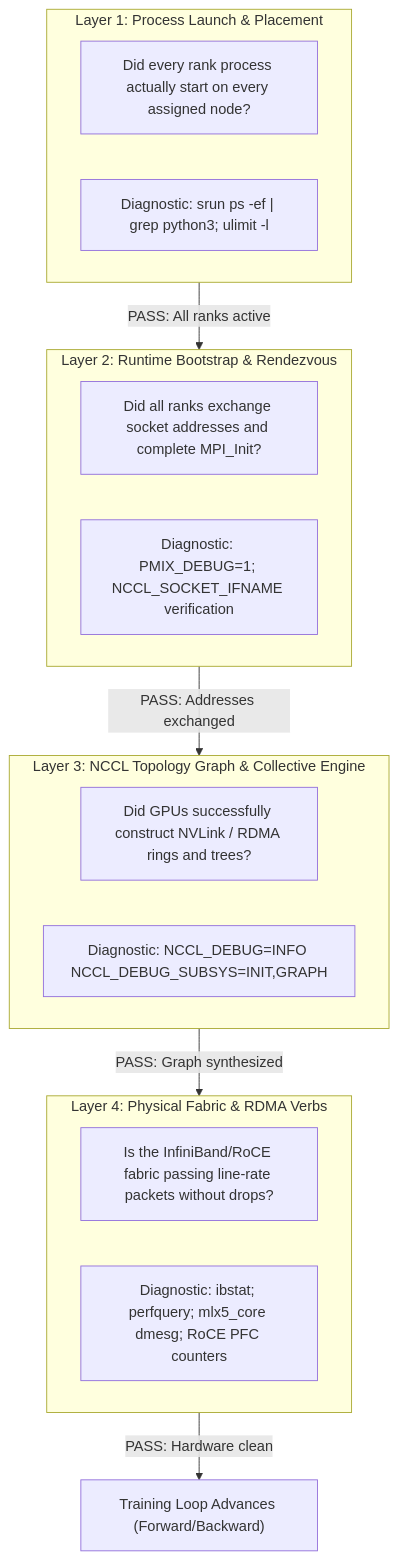
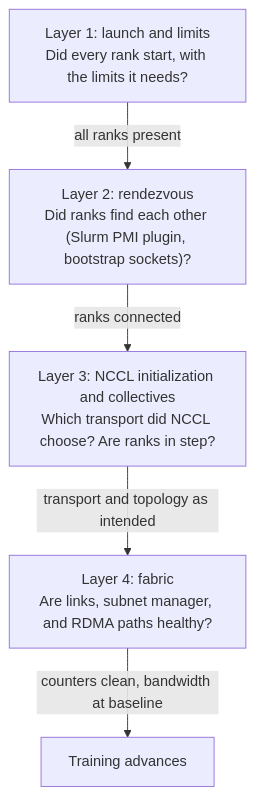
The diagram in docs/volume-10/15-senior-deep-dive-3-mpi-and-nccl-joint-debugging.md (jithinpnjm/nvidia-devops), drawn with Mermaid before and after one commit. The commit also changed other lines of this file and 12 other files, not shown here.

````diff
--- a/docs/volume-10/15-senior-deep-dive-3-mpi-and-nccl-joint-debugging.md
+++ b/docs/volume-10/15-senior-deep-dive-3-mpi-and-nccl-joint-debugging.md
@@ -21,27 +19,10 @@
 ```mermaid
 flowchart TD
-    subgraph L1["Layer 1: Process Launch & Placement"]
-        C1["Did every rank process actually start on every assigned node?"]
-        M1["Diagnostic: srun ps -ef | grep python3; ulimit -l"]
-    end
+    L1["Layer 1: launch and limits<br/>Did every rank start, with the limits it needs?"]
+    L2["Layer 2: rendezvous<br/>Did ranks find each other (Slurm PMI plugin, bootstrap sockets)?"]
+    L3["Layer 3: NCCL initialization and collectives<br/>Which transport did NCCL choose? Are ranks in step?"]
+    L4["Layer 4: fabric<br/>Are links, subnet manager, and RDMA paths healthy?"]
+    OK["Training advances"]
 
-    subgraph L2["Layer 2: Runtime Bootstrap & Rendezvous"]
-        C2["Did all ranks exchange socket addresses and complete MPI_Init?"]
-        M2["Diagnostic: PMIX_DEBUG=1; NCCL_SOCKET_IFNAME verification"]
-    end
-
-    subgraph L3["Layer 3: NCCL Topology Graph & Collective Engine"]
-        C3["Did GPUs successfully construct NVLink / RDMA rings and trees?"]
-        M3["Diagnostic: NCCL_DEBUG=INFO NCCL_DEBUG_SUBSYS=INIT,GRAPH"]
-    end
-
-    subgraph L4["Layer 4: Physical Fabric & RDMA Verbs"]
-        C4["Is the InfiniBand/RoCE fabric passing line-rate packets without drops?"]
-        M4["Diagnostic: ibstat; perfquery; mlx5_core dmesg; RoCE PFC counters"]
-    end
-
-    L1 -->|PASS: All ranks active| L2
-    L2 -->|PASS: Addresses exchanged| L3
-    L3 -->|PASS: Graph synthesized| L4
-    L4 -->|PASS: Hardware clean| WORKLOAD["Training Loop Advances (Forward/Backward)"]
+    L1 -->|"all ranks present"| L2 -->|"ranks connected"| L3 -->|"transport and topology as intended"| L4 -->|"counters clean, bandwidth at baseline"| OK
 ```
````
